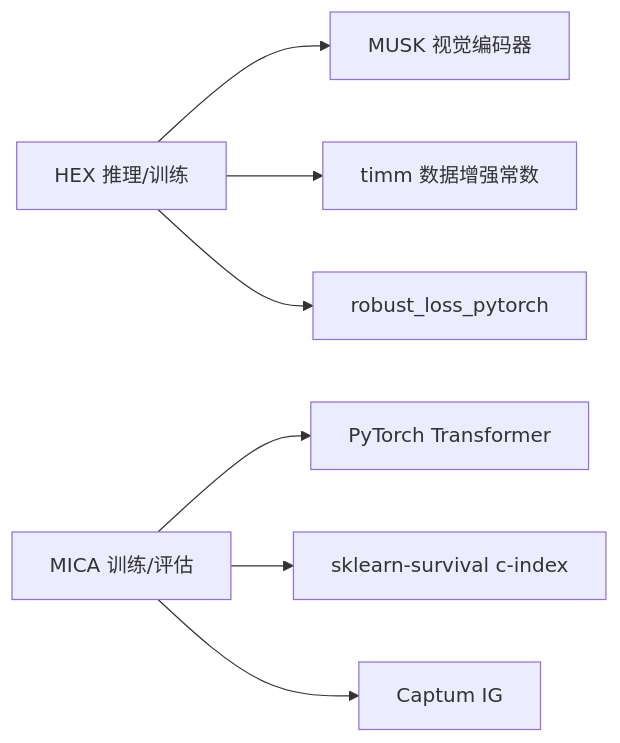
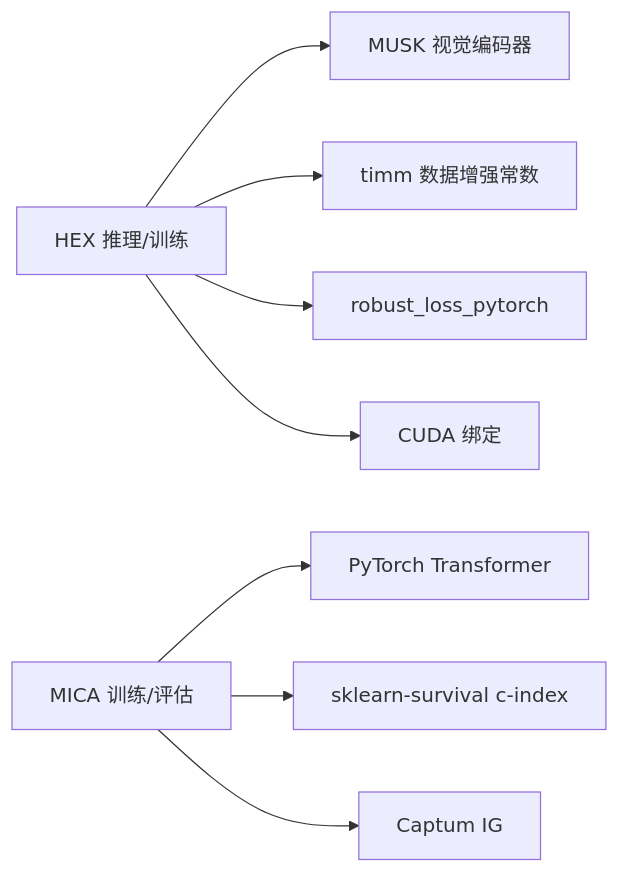
One commit to acproject/HEX changed the sixth of 6 diagrams in .qoder/repowiki/zh/content/HEX模型架构/模型推理与评估.md. Above: the diagram before and after it, drawn with Mermaid. The commit also changed other lines of this file and 13 other files, not shown here.

````diff
--- a/.qoder/repowiki/zh/content/HEX模型架构/模型推理与评估.md
+++ b/.qoder/repowiki/zh/content/HEX模型架构/模型推理与评估.md
@@ -297,9 +309,10 @@
 ```mermaid
 graph LR
 HEX["HEX 推理/训练"] --> MUSK["MUSK 视觉编码器"]
 HEX --> TIMM["timm 数据增强常数"]
 HEX --> ROBUST["robust_loss_pytorch"]
+HEX --> CUDA_BINDINGS["CUDA 绑定"]
 MICA["MICA 训练/评估"] --> TRANSFORMER["PyTorch Transformer"]
 MICA --> SURVIVAL["sklearn-survival c-index"]
 MICA --> CAPTUM["Captum IG"]
 ```
````
